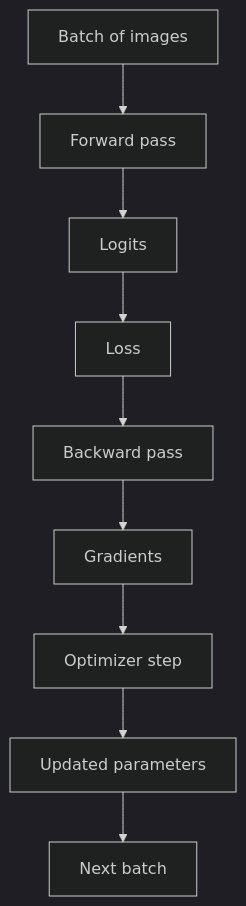
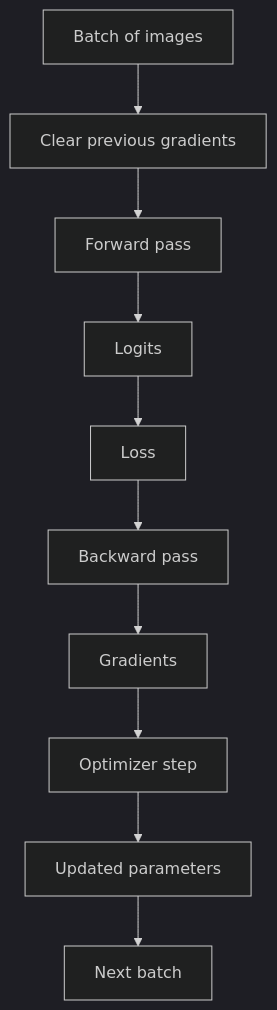
Before and after one commit to santiagoAvellaR/industrial-defect-vision: the diagram in docs/learning/deep-learning/training/README.md, drawn with Mermaid (dark theme). The commit also changed other lines of this file, not shown here.

Commit message:
docs(learning): index optimizer training note

````diff
--- a/docs/learning/deep-learning/training/README.md
+++ b/docs/learning/deep-learning/training/README.md
@@ -14,11 +15,12 @@
 ```mermaid
 flowchart TD
-    A[Batch of images] --> B[Forward pass]
-    B --> C[Logits]
-    C --> D[Loss]
-    D --> E[Backward pass]
-    E --> F[Gradients]
-    F --> G[Optimizer step]
-    G --> H[Updated parameters]
-    H --> I[Next batch]
+    A[Batch of images] --> B[Clear previous gradients]
+    B --> C[Forward pass]
+    C --> D[Logits]
+    D --> E[Loss]
+    E --> F[Backward pass]
+    F --> G[Gradients]
+    G --> H[Optimizer step]
+    H --> I[Updated parameters]
+    I --> J[Next batch]
 ```
````
